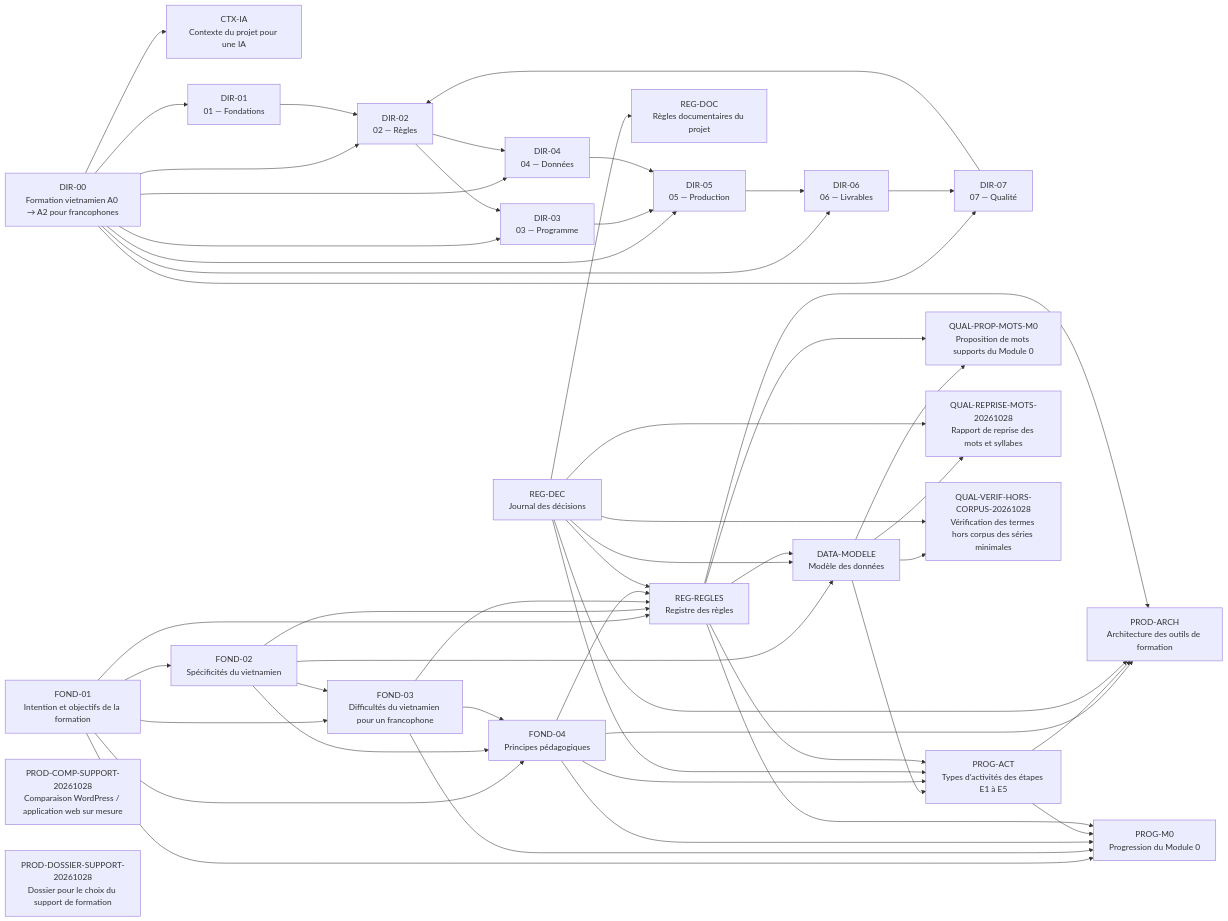
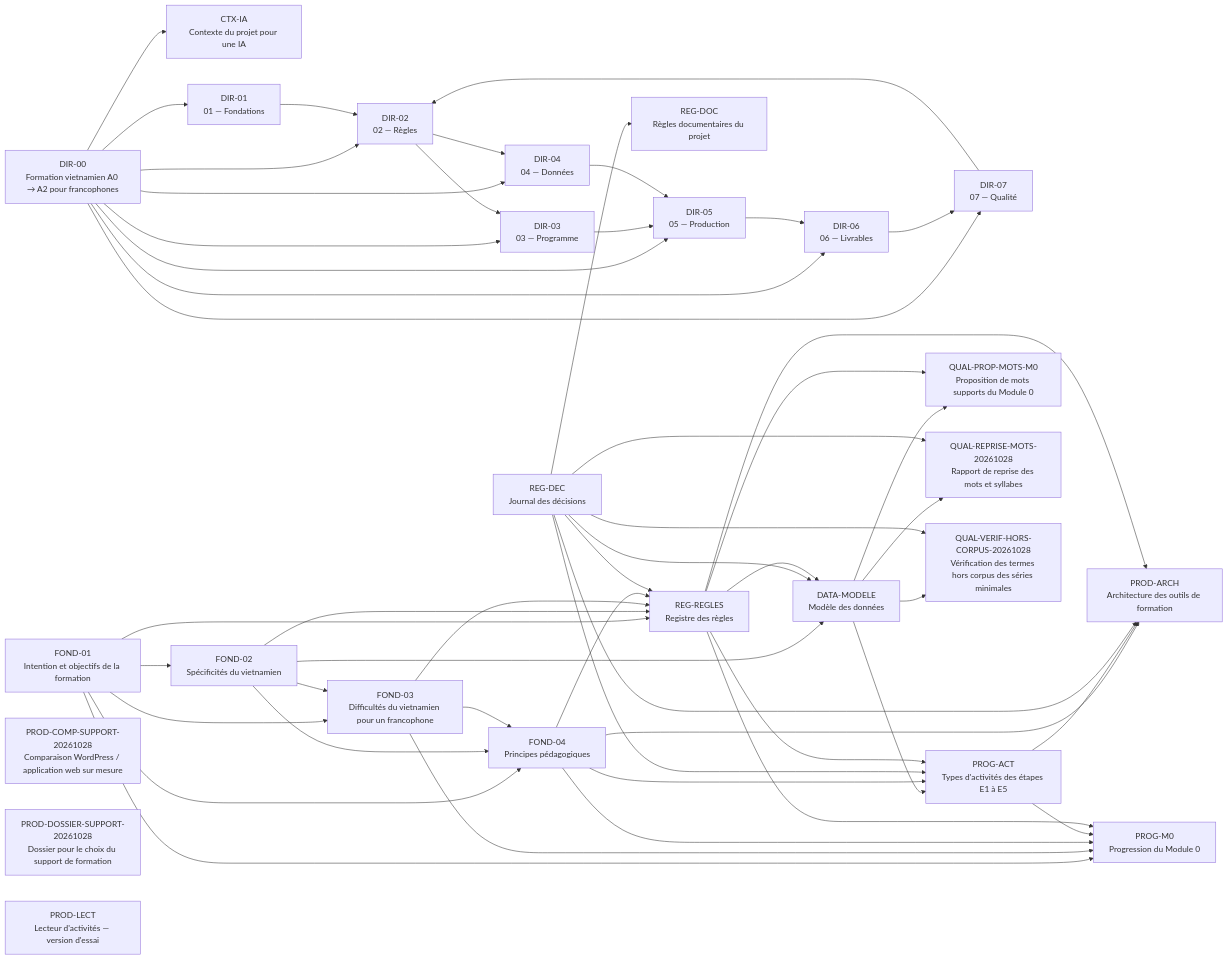
One commit to cappleinouest-lang/viet-project changed the diagram in CARTE_DOCUMENTAIRE.md. Above: the diagram before and after it, drawn with Mermaid. The commit also changed other lines of this file and 8 other files, not shown here.

Commit message:
Lecteur d'activites, version d'essai 0.1 : volet ecoute E1-E3, generateur, documentation PROD-LECT

````diff
--- a/CARTE_DOCUMENTAIRE.md
+++ b/CARTE_DOCUMENTAIRE.md
@@ -21,78 +21,79 @@
 ```mermaid
 graph LR
   CTX_IA["CTX-IA<br/>Contexte du projet pour une IA"]
   DATA_MODELE["DATA-MODELE<br/>Modèle des données"]
   DIR_00["DIR-00<br/>Formation vietnamien A0 → A2 pour francophones"]
   DIR_01["DIR-01<br/>01 — Fondations"]
   DIR_02["DIR-02<br/>02 — Règles"]
   DIR_03["DIR-03<br/>03 — Programme"]
   DIR_04["DIR-04<br/>04 — Données"]
   DIR_05["DIR-05<br/>05 — Production"]
   DIR_06["DIR-06<br/>06 — Livrables"]
   DIR_07["DIR-07<br/>07 — Qualité"]
   FOND_01["FOND-01<br/>Intention et objectifs de la formation"]
   FOND_02["FOND-02<br/>Spécificités du vietnamien"]
   FOND_03["FOND-03<br/>Difficultés du vietnamien pour un francophone"]
   FOND_04["FOND-04<br/>Principes pédagogiques"]
   PROD_ARCH["PROD-ARCH<br/>Architecture des outils de formation"]
   PROD_COMP_SUPPORT_20261028["PROD-COMP-SUPPORT-20261028<br/>Comparaison WordPress / application web sur mesure"]
   PROD_DOSSIER_SUPPORT_20261028["PROD-DOSSIER-SUPPORT-20261028<br/>Dossier pour le choix du support de formation"]
+  PROD_LECT["PROD-LECT<br/>Lecteur d'activités — version d'essai"]
   PROG_ACT["PROG-ACT<br/>Types d'activités des étapes E1 à E5"]
   PROG_M0["PROG-M0<br/>Progression du Module 0"]
   QUAL_PROP_MOTS_M0["QUAL-PROP-MOTS-M0<br/>Proposition de mots supports du Module 0"]
   QUAL_REPRISE_MOTS_20261028["QUAL-REPRISE-MOTS-20261028<br/>Rapport de reprise des mots et syllabes"]
   QUAL_VERIF_HORS_CORPUS_20261028["QUAL-VERIF-HORS-CORPUS-20261028<br/>Vérification des termes hors corpus des séries minimales"]
   REG_DEC["REG-DEC<br/>Journal des décisions"]
   REG_DOC["REG-DOC<br/>Règles documentaires du projet"]
   REG_REGLES["REG-REGLES<br/>Registre des règles"]
   DATA_MODELE --> PROG_ACT
   DATA_MODELE --> QUAL_PROP_MOTS_M0
   DATA_MODELE --> QUAL_REPRISE_MOTS_20261028
   DATA_MODELE --> QUAL_VERIF_HORS_CORPUS_20261028
   DIR_00 --> CTX_IA
   DIR_00 --> DIR_01
   DIR_00 --> DIR_02
   DIR_00 --> DIR_03
   DIR_00 --> DIR_04
   DIR_00 --> DIR_05
   DIR_00 --> DIR_06
   DIR_00 --> DIR_07
   DIR_01 --> DIR_02
   DIR_02 --> DIR_03
   DIR_02 --> DIR_04
   DIR_03 --> DIR_05
   DIR_04 --> DIR_05
   DIR_05 --> DIR_06
   DIR_06 --> DIR_07
   DIR_07 --> DIR_02
   FOND_01 --> FOND_02
   FOND_01 --> FOND_03
   FOND_01 --> FOND_04
   FOND_01 --> PROG_M0
   FOND_01 --> REG_REGLES
   FOND_02 --> DATA_MODELE
   FOND_02 --> FOND_03
   FOND_02 --> FOND_04
   FOND_02 --> REG_REGLES
   FOND_03 --> FOND_04
   FOND_03 --> PROG_M0
   FOND_03 --> REG_REGLES
   FOND_04 --> PROD_ARCH
   FOND_04 --> PROG_ACT
   FOND_04 --> PROG_M0
   FOND_04 --> REG_REGLES
   PROG_ACT --> PROD_ARCH
   PROG_ACT --> PROG_M0
   REG_DEC --> DATA_MODELE
   REG_DEC --> PROD_ARCH
   REG_DEC --> PROG_ACT
   REG_DEC --> QUAL_REPRISE_MOTS_20261028
   REG_DEC --> QUAL_VERIF_HORS_CORPUS_20261028
   REG_DEC --> REG_DOC
   REG_DEC --> REG_REGLES
   REG_REGLES --> DATA_MODELE
   REG_REGLES --> PROD_ARCH
   REG_REGLES --> PROG_ACT
   REG_REGLES --> PROG_M0
   REG_REGLES --> QUAL_PROP_MOTS_M0
 ```
````
